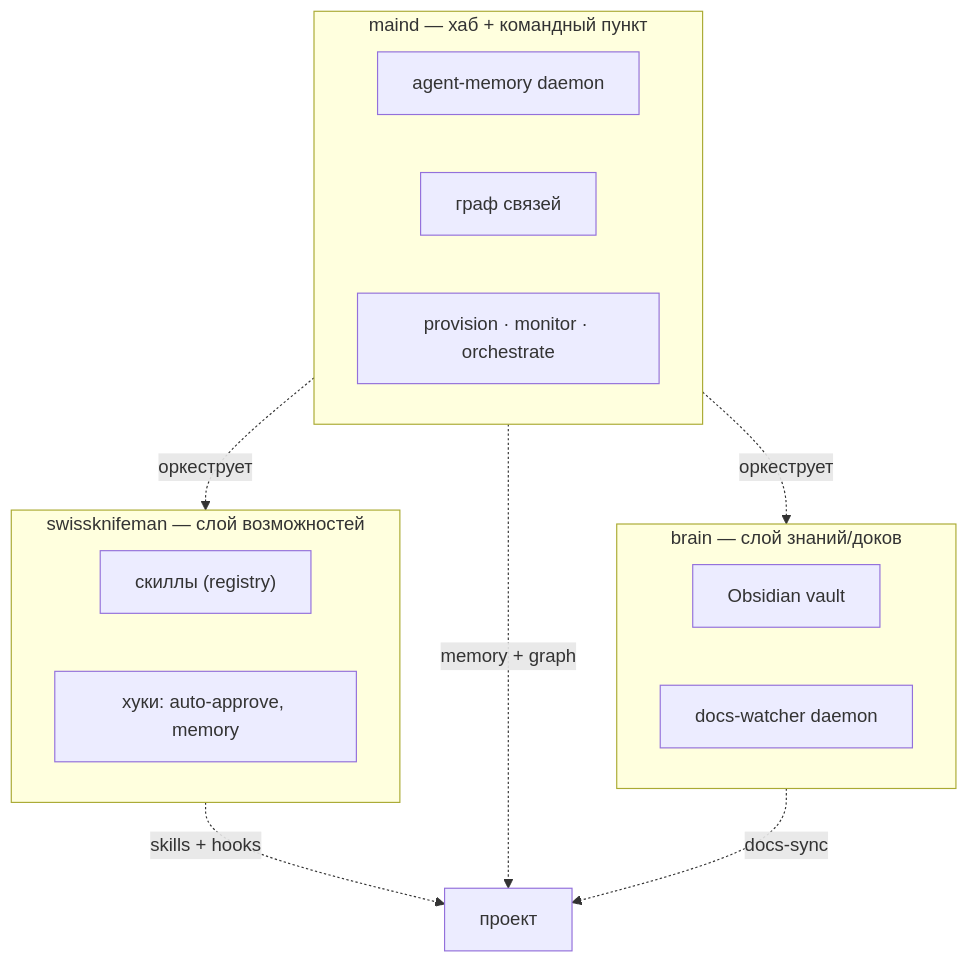
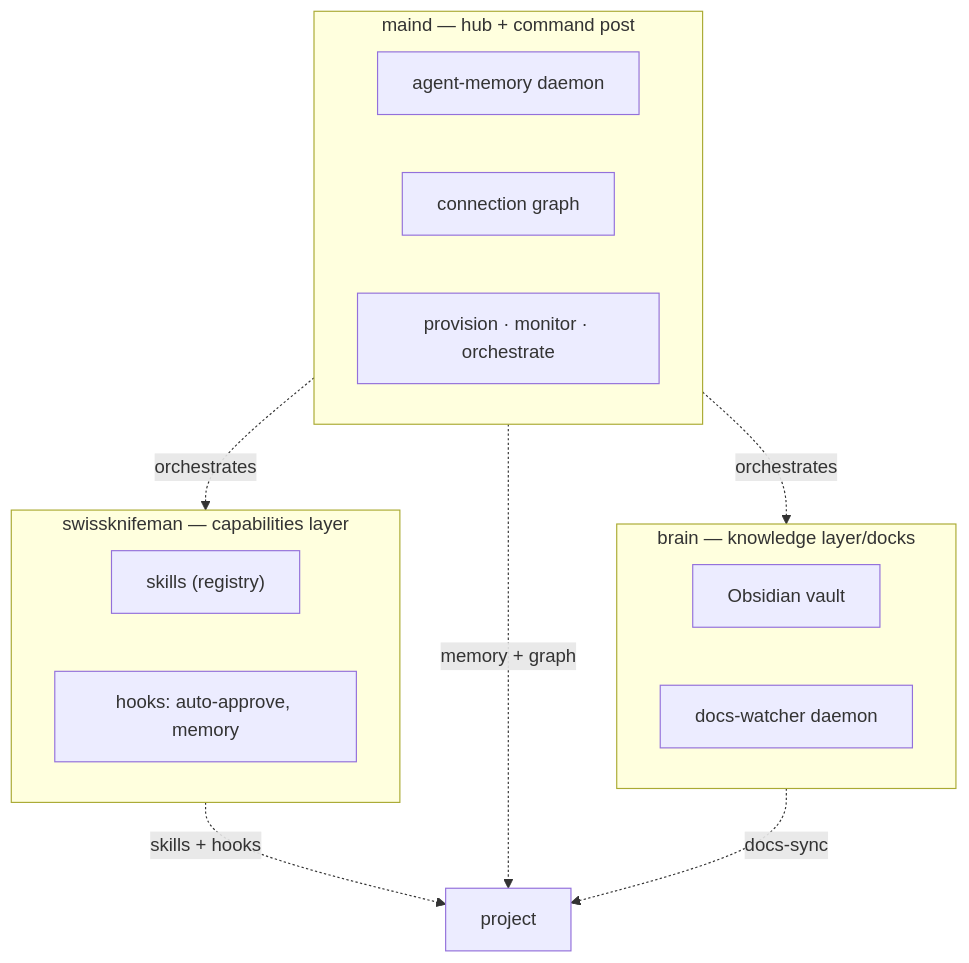
Before and after one commit to academici/swissknifeman: the first of 6 diagrams in packages/maind/docs/ecosystem.md, drawn with Mermaid. The commit also changed other lines of this file and 1553 other files, not shown here.

````diff
--- a/packages/maind/docs/ecosystem.md
+++ b/packages/maind/docs/ecosystem.md
@@ -19,22 +19,22 @@
 ```mermaid
 graph TB
-  subgraph skm["swissknifeman — слой возможностей"]
-    SK["скиллы (registry)"]
-    HK["хуки: auto-approve, memory"]
+  subgraph skm["swissknifeman — capabilities layer"]
+    SK["skills (registry)"]
+    HK["hooks: auto-approve, memory"]
   end
-  subgraph br["brain — слой знаний/доков"]
+  subgraph br["brain — knowledge layer/docks"]
     VA["Obsidian vault"]
     DW["docs-watcher daemon"]
   end
-  subgraph md["maind — хаб + командный пункт"]
+  subgraph md["maind — hub + command post"]
     MEM["agent-memory daemon"]
-    GR["граф связей"]
+    GR["connection graph"]
     CC["provision · monitor · orchestrate"]
   end
-  proj["проект"]
+  proj["project"]
   skm -. "skills + hooks" .-> proj
   md -. "memory + graph" .-> proj
   br -. "docs-sync" .-> proj
-  md -. "оркеструет" .-> skm
-  md -. "оркеструет" .-> br
+  md -. "orchestrates" .-> skm
+  md -. "orchestrates" .-> br
 ```
````
